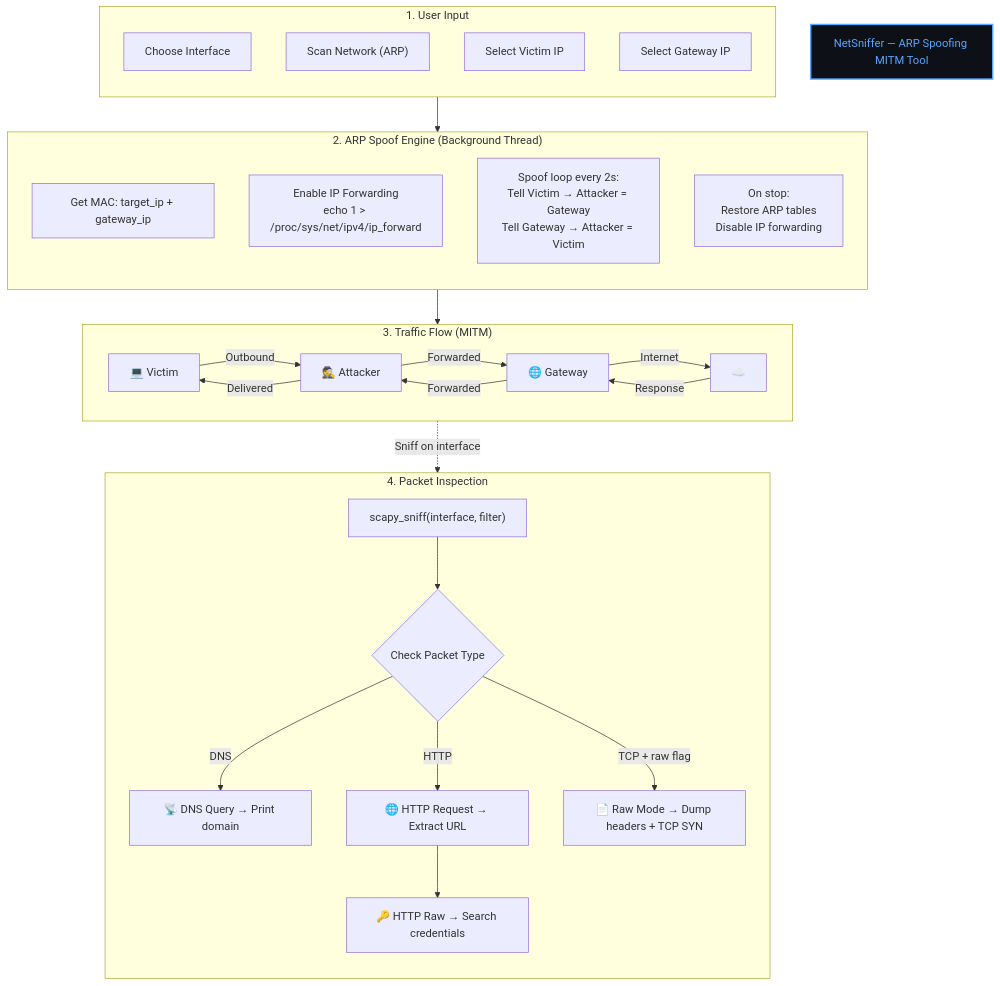
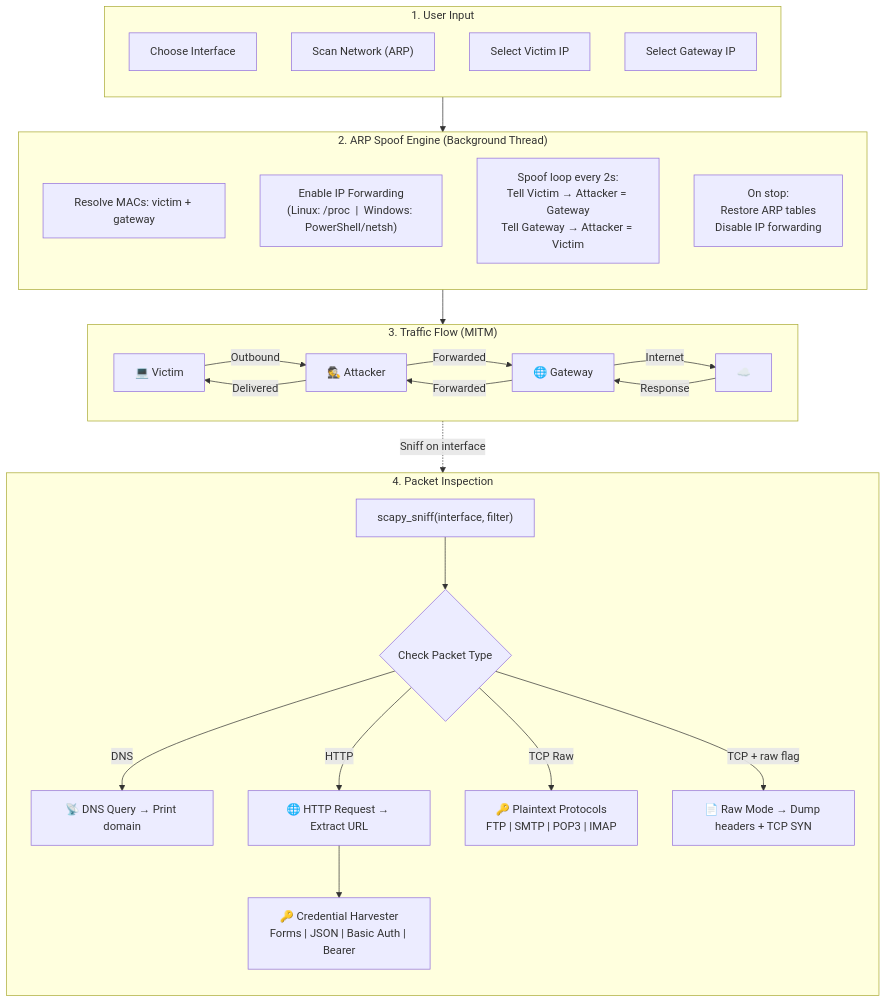
Before and after one commit to Lite-os15/Net_Sniffer: the diagram in README.md, drawn with Mermaid. The commit also changed other lines of this file and 1 other file, not shown here.

Commit message:
Added Credential Harversting Logic

````diff
--- a/README.md
+++ b/README.md
@@ -29,61 +32,52 @@
 ```mermaid
 flowchart TB
-    %% ── Title ──
-    TITLE["NetSniffer — ARP Spoofing MITM Tool"]
-
     %% ── User Actions ──
     subgraph User["1. User Input"]
         direction TB
         U1["Choose Interface"]
         U2["Scan Network (ARP)"]
         U3["Select Victim IP"]
         U4["Select Gateway IP"]
     end
 
     %% ── ARP Spoof Engine ──
     subgraph Spoof["2. ARP Spoof Engine (Background Thread)"]
         direction TB
-        S1["Get MAC: target_ip + gateway_ip"]
-        S2["Enable IP Forwarding<br/>echo 1 > /proc/sys/net/ipv4/ip_forward"]
+        S1["Resolve MACs: victim + gateway"]
+        S2["Enable IP Forwarding<br/>(Linux: /proc  |  Windows: PowerShell/netsh)"]
         S3["Spoof loop every 2s:<br/>Tell Victim → Attacker = Gateway<br/>Tell Gateway → Attacker = Victim"]
         S4["On stop:<br/>Restore ARP tables<br/>Disable IP forwarding"]
     end
 
     %% ── Traffic Flow ──
     subgraph Flow["3. Traffic Flow (MITM)"]
         direction LR
         V["💻 Victim"] -->|"Outbound"| A["🕵️ Attacker"]
         A -->|"Forwarded"| G["🌐 Gateway"]
         G -->|"Internet"| I["☁️"]
         I -->|"Response"| G -->|"Forwarded"| A -->|"Delivered"| V
     end
 
     %% ── Packet Inspection ──
     subgraph Inspect["4. Packet Inspection"]
         direction TB
         I1["scapy_sniff(interface, filter)"]
         I2{"Check Packet Type"}
         I3["📡 DNS Query → Print domain"]
         I4["🌐 HTTP Request → Extract URL"]
-        I5["🔑 HTTP Raw → Search credentials"]
-        I6["📄 Raw Mode → Dump headers + TCP SYN"]
+        I5["🔑 Credential Harvester<br/>Forms | JSON | Basic Auth | Bearer"]
+        I6["🔑 Plaintext Protocols<br/>FTP | SMTP | POP3 | IMAP"]
+        I7["📄 Raw Mode → Dump headers + TCP SYN"]
         I1 --> I2
         I2 -->|"DNS"| I3
         I2 -->|"HTTP"| I4
         I4 --> I5
-        I2 -->|"TCP + raw flag"| I6
+        I2 -->|"TCP Raw"| I6
+        I2 -->|"TCP + raw flag"| I7
     end
 
     %% ── Connections ──
     User --> Spoof
     Spoof --> Flow
     Flow -.->|"Sniff on interface"| Inspect
-
-    %% ── Styling ──
-    classDef title fill:#0d1117,stroke:#58a6ff,stroke-width:2px,color:#58a6ff;
-    classDef user fill:#0d1117,stroke:#d2a8ff,stroke-width:1px,color:#c9d1d9;
-    classDef spoof fill:#0d1117,stroke:#ff7b72,stroke-width:1px,color:#c9d1d9;
-    classDef flow fill:#0d1117,stroke:#7ee787,stroke-width:1px,color:#c9d1d9;
-    classDef inspect fill:#0d1117,stroke:#79c0ff,stroke-width:1px,color:#c9d1d9;
-    class TITLE title;
 ```
````
